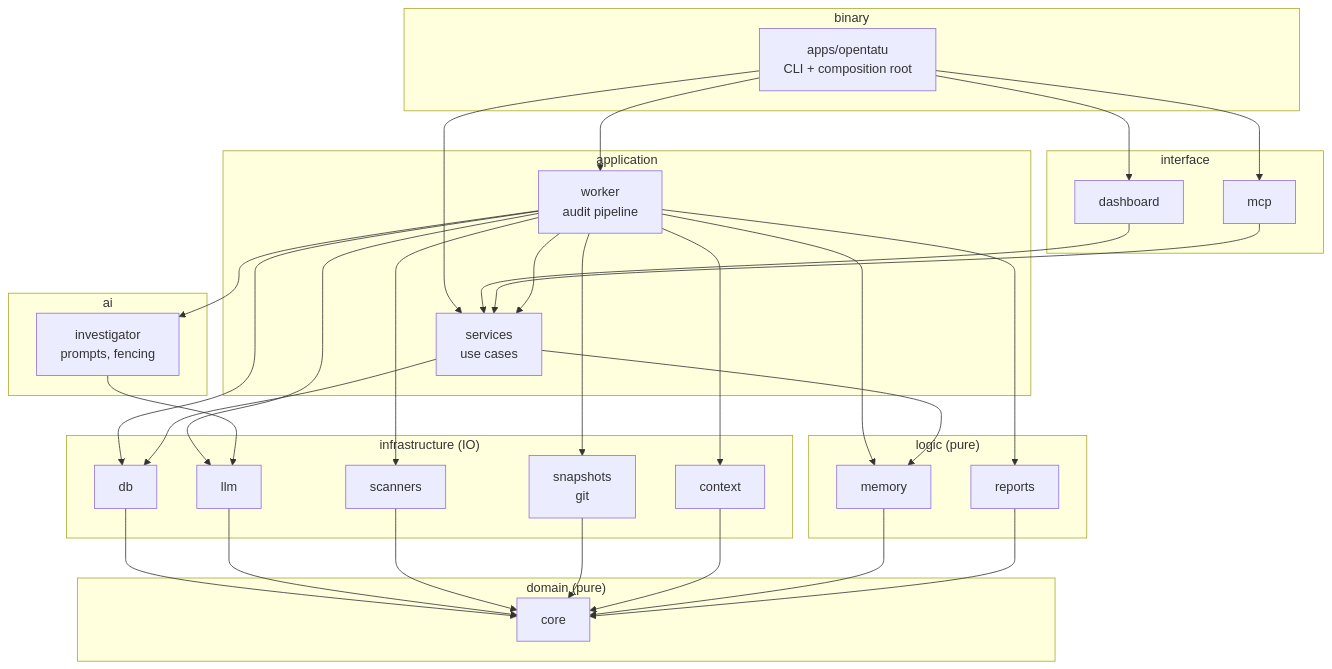
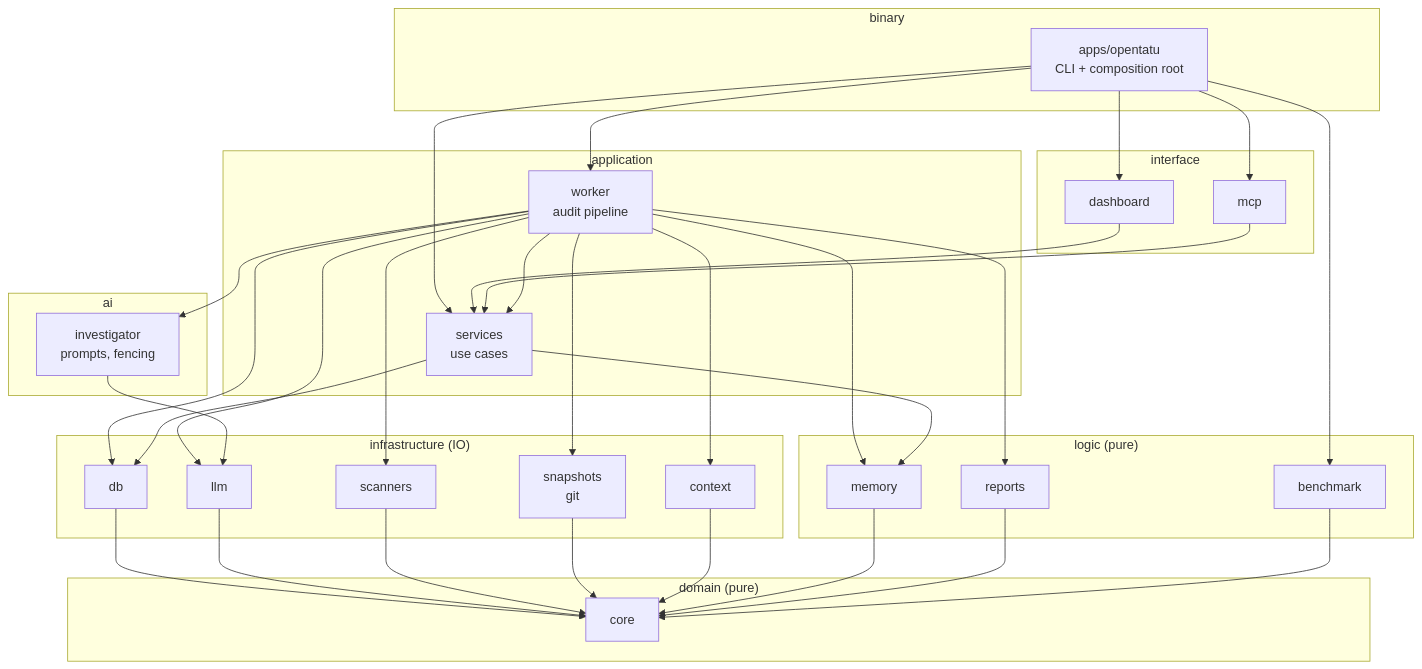
One commit to AlexandreZanata/OpenTatu changed the first of 4 diagrams in docs/ARCHITECTURE.md. Above: the diagram before and after it, drawn with Mermaid. The commit also changed other lines of this file and 46 other files, not shown here.

````diff
--- a/docs/ARCHITECTURE.md
+++ b/docs/ARCHITECTURE.md
@@ -27,38 +27,39 @@
 ```mermaid
 flowchart TB
   subgraph binary["binary"]
     APP["apps/opentatu<br/>CLI + composition root"]
   end
   subgraph interface["interface"]
     DASH["dashboard"]
     MCP["mcp"]
   end
   subgraph application["application"]
     SVC["services<br/>use cases"]
     WRK["worker<br/>audit pipeline"]
   end
   subgraph ai["ai"]
     INV["investigator<br/>prompts, fencing"]
   end
   subgraph infrastructure["infrastructure (IO)"]
     DB["db"]
     LLM["llm"]
     SCN["scanners"]
     SNP["snapshots<br/>git"]
     CTX["context"]
   end
   subgraph logic["logic (pure)"]
     MEM["memory"]
     REP["reports"]
+    BEN["benchmark"]
   end
   subgraph domain["domain (pure)"]
     CORE["core"]
   end
-  APP --> DASH & MCP & WRK & SVC
+  APP --> DASH & MCP & WRK & SVC & BEN
   DASH --> SVC
   MCP --> SVC
   WRK --> SVC & INV & SCN & SNP & CTX & REP & MEM & DB & LLM
   SVC --> DB & MEM
   INV --> LLM
-  DB & LLM & SCN & SNP & CTX & MEM & REP --> CORE
+  DB & LLM & SCN & SNP & CTX & MEM & REP & BEN --> CORE
 ```
````
